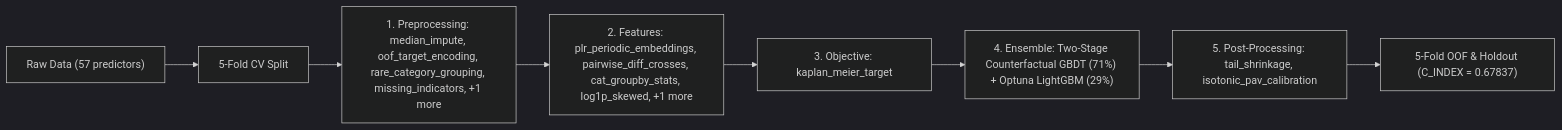
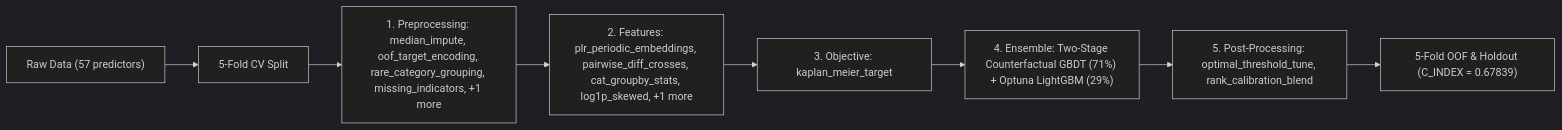
One commit to stefanoclss/CIBMTR-Equity-in-Post-HCT-Survival-Predictions changed the diagram in README.md. Above: the diagram before and after it, drawn with Mermaid (dark theme). The commit also changed other lines of this file, not shown here.

First line of the commit message:
docs(readme): refresh verified OOF benchmark & build ledger (C_INDEX=0.67839)

````diff
--- a/README.md
+++ b/README.md
@@ -143,10 +144,10 @@
 ```mermaid
 flowchart LR
     DATA["Raw Data (57 predictors)"] --> SPLIT["5-Fold CV Split"]
     SPLIT --> PRE["1. Preprocessing: median_impute, oof_target_encoding, rare_category_grouping, missing_indicators, +1 more"]
     PRE --> FEAT["2. Features: plr_periodic_embeddings, pairwise_diff_crosses, cat_groupby_stats, log1p_skewed, +1 more"]
     FEAT --> OBJ["3. Objective: kaplan_meier_target"]
     OBJ --> M0["4. Ensemble: Two-Stage Counterfactual GBDT (71%) + Optuna LightGBM (29%)"]
-    M0 --> POST["5. Post-Processing: tail_shrinkage, isotonic_pav_calibration"]
-    POST --> OUT["5-Fold OOF & Holdout (C_INDEX = 0.67837)"]
+    M0 --> POST["5. Post-Processing: optimal_threshold_tune, rank_calibration_blend"]
+    POST --> OUT["5-Fold OOF & Holdout (C_INDEX = 0.67839)"]
 ```
````
